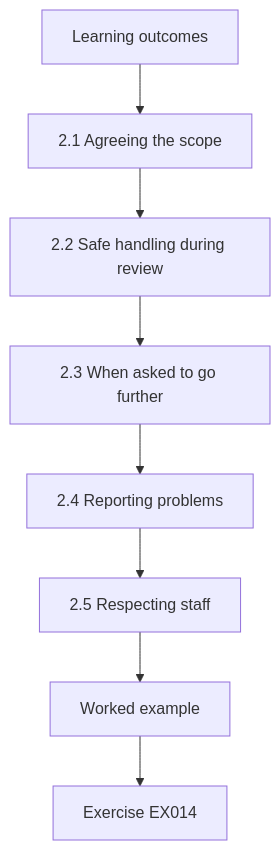
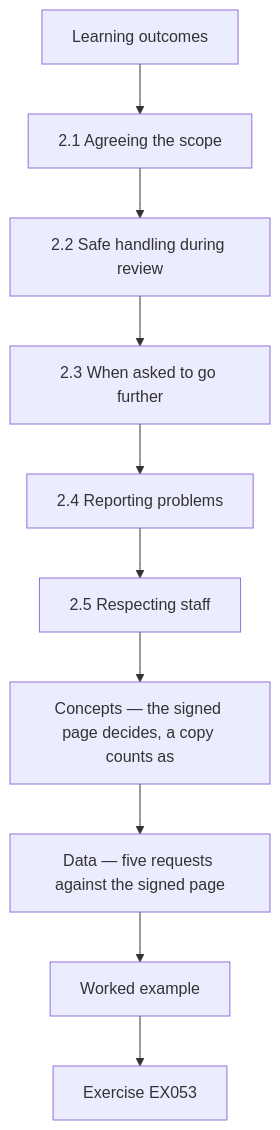
One commit to hiagokinlevi/CyKin changed the fourth of 12 diagrams in levels/rapid-1-month/privacy-data-protection/en/book/MANUSCRIPT.md. Above: the diagram before and after it, drawn with Mermaid. The commit also changed other lines of this file and 1 other file, not shown here.

````diff
--- a/levels/rapid-1-month/privacy-data-protection/en/book/MANUSCRIPT.md
+++ b/levels/rapid-1-month/privacy-data-protection/en/book/MANUSCRIPT.md
@@ -162,12 +223,14 @@
 ```mermaid
 flowchart TD
   N0["Learning outcomes"]
   N1["2.1 Agreeing the scope"]
   N2["2.2 Safe handling during review"]
   N3["2.3 When asked to go further"]
   N4["2.4 Reporting problems"]
   N5["2.5 Respecting staff"]
-  N0 --> N1 --> N2 --> N3 --> N4 --> N5
-  N5 --> EX["Worked example"]
-  EX --> Q["Exercise EX014"]
+  N6["Concepts — the signed page decides, a copy counts as"]
+  N7["Data — five requests against the signed page"]
+  N0 --> N1 --> N2 --> N3 --> N4 --> N5 --> N6 --> N7
+  N7 --> EX["Worked example"]
+  EX --> Q["Exercise EX053"]
 ```
````
